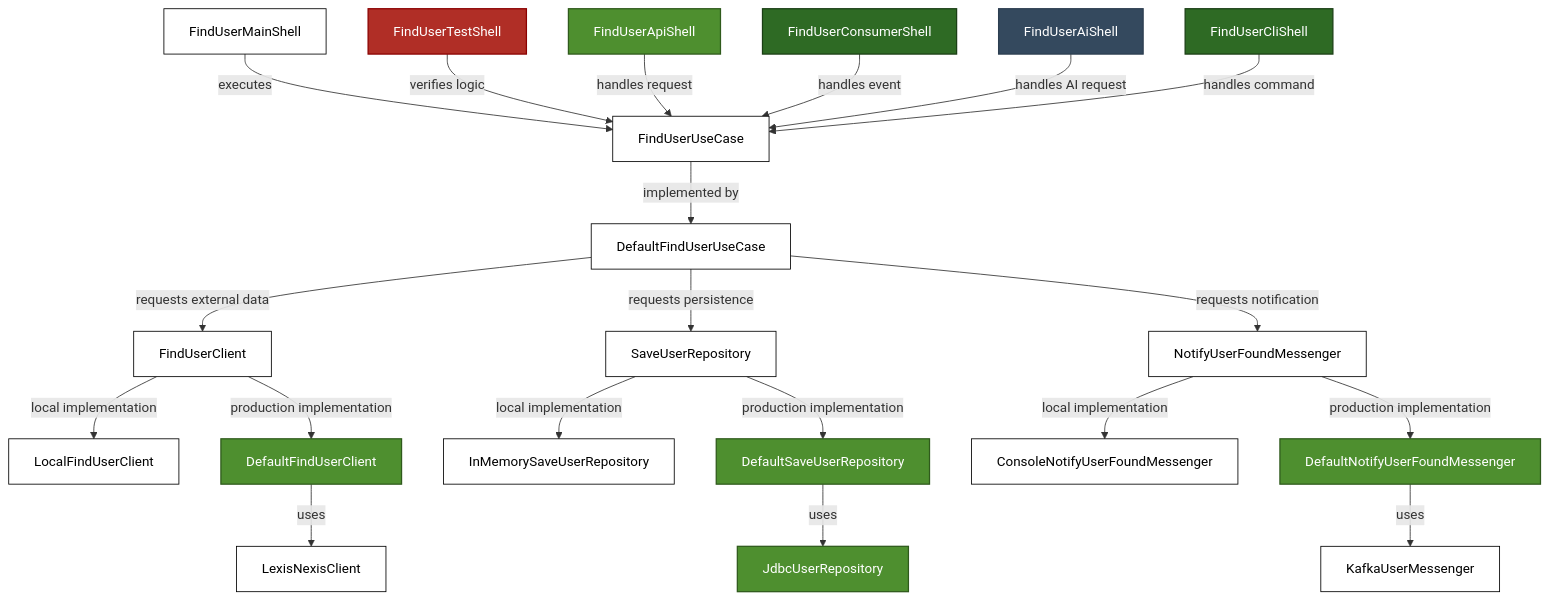
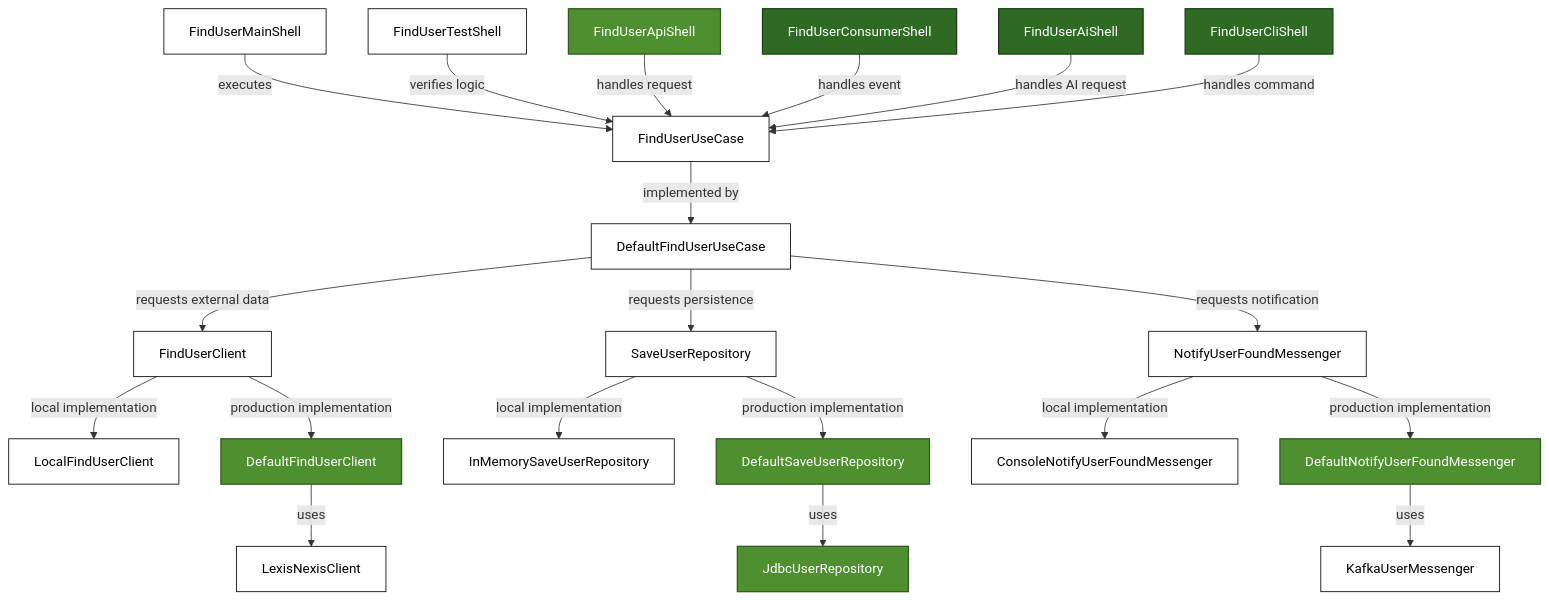
Before and after one commit to hermi-projects/hermi: the diagram in README.md, drawn with Mermaid.

Commit message:
refactor: update Mermaid diagram class definitions and assignments in README.md

````diff
--- a/README.md
+++ b/README.md
@@ -627,62 +627,59 @@
 ```mermaid
 graph TD
     %% Main Shell
     S_Main[FindUserMainShell] -->|executes| U_UseCase
 
     %% JUnit Shell
     S_JUnit[FindUserTestShell] -->|verifies logic| U_UseCase
     
     %% API Shell
     S_Api[FindUserApiShell] -->|handles request| U_UseCase
 
     %% Consumer Shell
     S_Consumer[FindUserConsumerShell] -->|handles event| U_UseCase
 
     %% AI Shell
     S_Ai[FindUserAiShell] -->|handles AI request| U_UseCase
 
     %% CLI Shell
     S_Cli[FindUserCliShell] -->|handles command| U_UseCase
 
     %% Use Case Interface -> Default Implementation
     U_UseCase[FindUserUseCase] -->|implemented by| U_Default[DefaultFindUserUseCase]
     
     %% Default Implementation -> Contracts
     U_Default -->|requests external data| U_Client[FindUserClient]
     U_Default -->|requests persistence| U_Repo[SaveUserRepository]
     U_Default -->|requests notification| U_Messenger[NotifyUserFoundMessenger]
 
     %% Local Implementations
     U_Client -->|local implementation| A_LocalClient[LocalFindUserClient]
     U_Repo -->|local implementation| A_LocalRepo[InMemorySaveUserRepository]
     U_Messenger -->|local implementation| A_LocalMessenger[ConsoleNotifyUserFoundMessenger]
 
     %% Production Implementations (Updated)
     U_Client -->|production implementation| A_ProdClient[DefaultFindUserClient]
     A_ProdClient -->|uses| A_ProdClientImpl[LexisNexisClient]
 
     U_Repo -->|production implementation| A_ProdRepo[DefaultSaveUserRepository]
     A_ProdRepo -->|uses| A_ProdRepoImpl[JdbcUserRepository]
 
     U_Messenger -->|production implementation| A_ProdMessenger[DefaultNotifyUserFoundMessenger]
     A_ProdMessenger -->|uses| A_ProdMessengerImpl[KafkaUserMessenger]
 
     %% Styling
-    classDef local fill:#FFFFFF,color:#000000,stroke:#000000,stroke-width:1px
-    classDef api fill:#4E8F2F,color:#FFFFFF,stroke:#2F5A1C,stroke-width:1.5px
-    classDef consumer fill:#2E6A24,color:#FFFFFF,stroke:#1B3F15,stroke-width:1.5px
-    classDef ai fill:#34495E,color:#FFFFFF,stroke:#2C3E50,stroke-width:1.5px
-    classDef test fill:#B02E26,color:#FFFFFF,stroke:#8B0000,stroke-width:1.5px
+    classDef s_local fill:#FFFFFF,color:#000000,stroke:#000000,stroke-width:1px
+    classDef s_api fill:#4E8F2F,color:#FFFFFF,stroke:#2F5A1C,stroke-width:1.5px
+    classDef s_other fill:#2E6A24,color:#FFFFFF,stroke:#1B3F15,stroke-width:1.5px
     classDef core fill:#FFFFFF,color:#000000,stroke:#000000,stroke-width:1px
 
     %% Assign classes
-    class S_Main,A_LocalClient,A_LocalRepo,A_LocalMessenger local
-    class S_Api api
-    class S_Consumer,S_Cli consumer
-    class S_Ai ai
-    class S_JUnit test
+    class S_Main,A_LocalClient,A_LocalRepo,A_LocalMessenger s_local
+    class S_Api s_api
+    class S_Consumer,S_Ai,S_Cli s_other
+    class S_JUnit core
     class U_UseCase,U_Default,U_Client,U_Repo,U_Messenger core
-    class A_ProdClient,A_ProdRepo,A_ProdMessenger api
+    class A_ProdClient,A_ProdRepo,A_ProdMessenger s_api
     class A_ProdClientImpl,A_ProdMessengerImpl core
-    class A_ProdRepoImpl api
+    class A_ProdRepoImpl s_api
 ```
````
